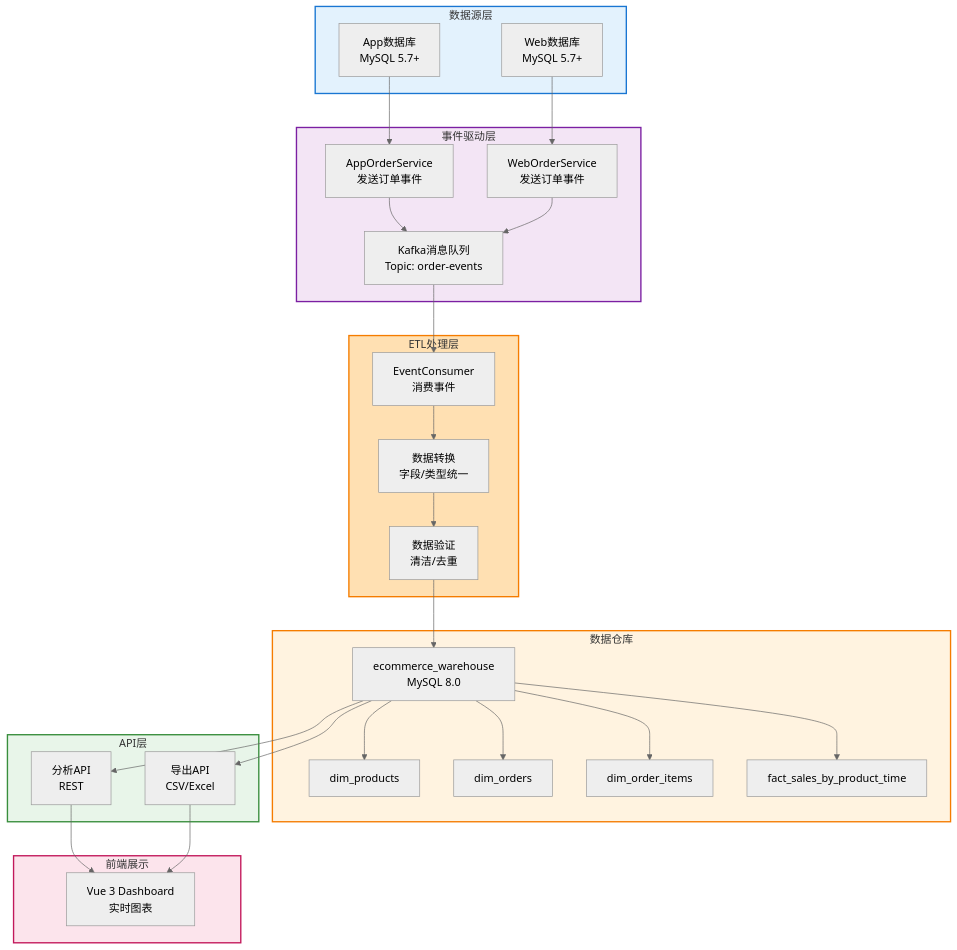
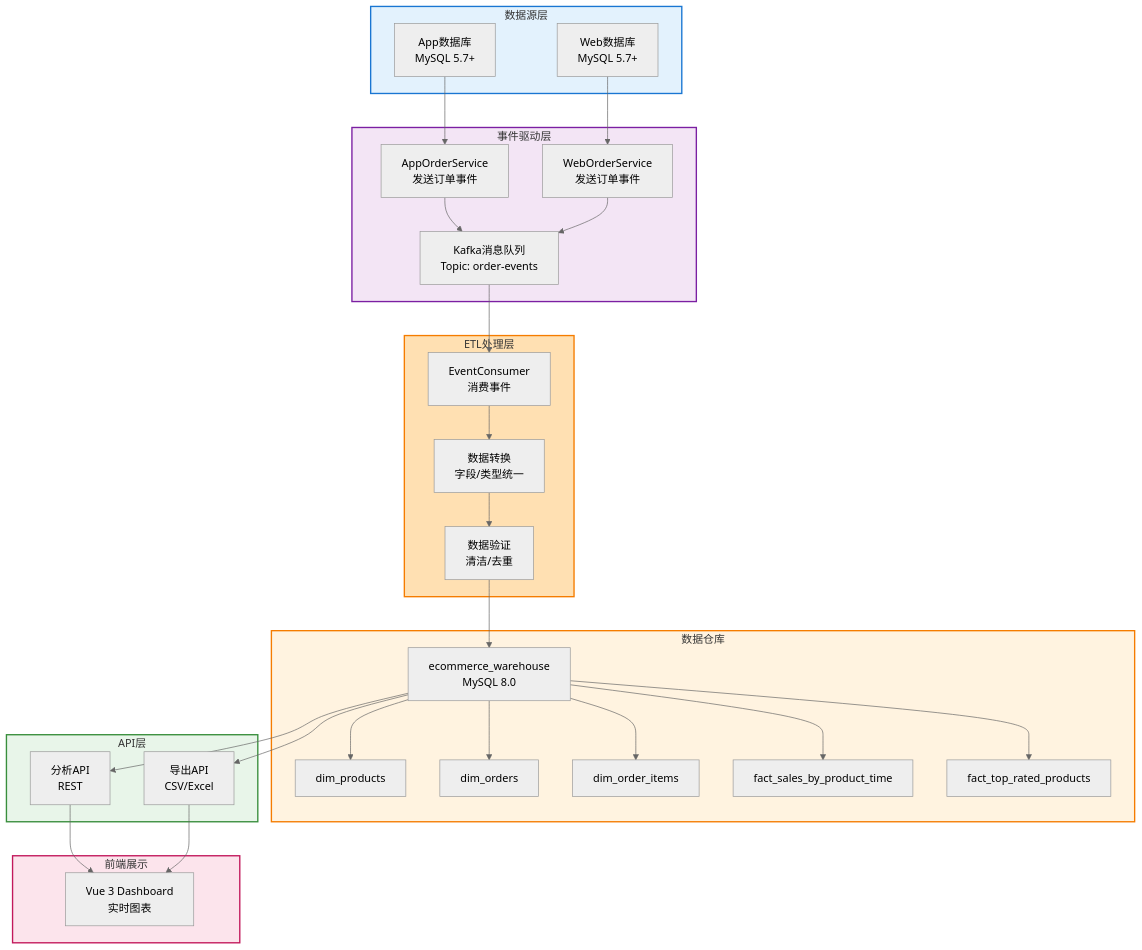
The second of 8 diagrams in TECH_SOLUTION.md (jianglei919/ecommerce_data_warehouse), drawn with Mermaid (neutral theme) before and after one commit. The commit also changed other lines of this file and 3 other files, not shown here.

Commit message:
feat: Add fact_top_rated_products table and update related documentation

````diff
--- a/TECH_SOLUTION.md
+++ b/TECH_SOLUTION.md
@@ -84,60 +84,62 @@
 ```mermaid
 graph TB
     subgraph source["数据源层"]
         app["App数据库<br/>MySQL 5.7+"]
         web["Web数据库<br/>MySQL 5.7+"]
     end
 
     subgraph event["事件驱动层"]
         app_event["AppOrderService<br/>发送订单事件"]
         web_event["WebOrderService<br/>发送订单事件"]
         kafka["Kafka消息队列<br/>Topic: order-events"]
     end
 
     subgraph etl["ETL处理层"]
         consumer["EventConsumer<br/>消费事件"]
         transform["数据转换<br/>字段/类型统一"]
         validate["数据验证<br/>清洁/去重"]
     end
 
     subgraph warehouse["数据仓库"]
         warehouse_db["ecommerce_warehouse<br/>MySQL 8.0"]
         dim_prod["dim_products"]
         dim_ord["dim_orders"]
         dim_items["dim_order_items"]
         fact_sales["fact_sales_by_product_time"]
+      fact_top["fact_top_rated_products"]
     end
 
     subgraph api["API层"]
         analytics_api["分析API<br/>REST"]
         export_api["导出API<br/>CSV/Excel"]
     end
 
     subgraph frontend["前端展示"]
         dashboard["Vue 3 Dashboard<br/>实时图表"]
     end
 
     app --> app_event
     web --> web_event
     app_event --> kafka
     web_event --> kafka
     kafka --> consumer
     consumer --> transform
     transform --> validate
     validate --> warehouse_db
     warehouse_db --> dim_prod
     warehouse_db --> dim_ord
     warehouse_db --> dim_items
     warehouse_db --> fact_sales
+    warehouse_db --> fact_top
     warehouse_db --> analytics_api
     warehouse_db --> export_api
     analytics_api --> dashboard
     export_api --> dashboard
 
     style source fill:#e3f2fd,stroke:#1976d2,stroke-width:2px
     style event fill:#f3e5f5,stroke:#7b1fa2,stroke-width:2px
     style etl fill:#ffe0b2,stroke:#f57c00,stroke-width:2px
     style warehouse fill:#fff3e0,stroke:#f57c00,stroke-width:2px
     style api fill:#e8f5e9,stroke:#388e3c,stroke-width:2px
     style frontend fill:#fce4ec,stroke:#c2185b,stroke-width:2px
 ```
````
